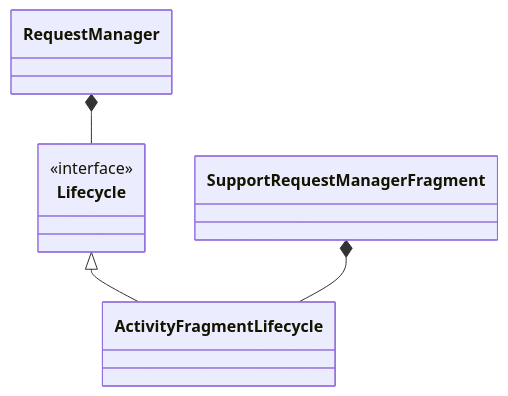
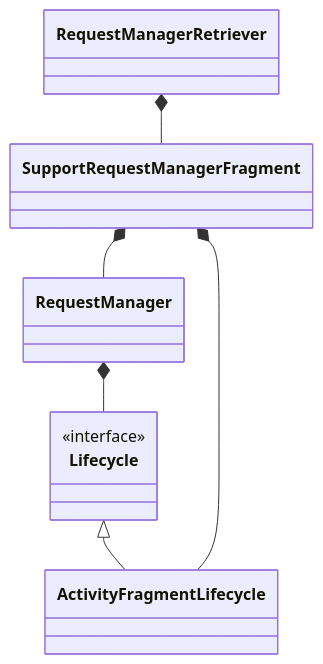
One commit to cugkuan/doc changed the first of 2 diagrams in 源码阅读/Glide/Glide的自动管理Request.md. Above: the diagram before and after it, drawn with Mermaid. The commit also changed other lines of this file, not shown here.

````diff
--- a/源码阅读/Glide/Glide的自动管理Request.md
+++ b/源码阅读/Glide/Glide的自动管理Request.md
@@ -21,17 +21,20 @@
 ```Mermaid
 classDiagram
 
 class Lifecycle{
     <<interface>>
 }
 class  ActivityFragmentLifecycle
 class SupportRequestManagerFragment
 class RequestManager
+class RequestManagerRetriever
 
 Lifecycle <|-- ActivityFragmentLifecycle
 SupportRequestManagerFragment *-- ActivityFragmentLifecycle
 RequestManager *-- Lifecycle
+SupportRequestManagerFragment *-- RequestManager
+RequestManagerRetriever *-- SupportRequestManagerFragment
 
 
 
 ```
````
